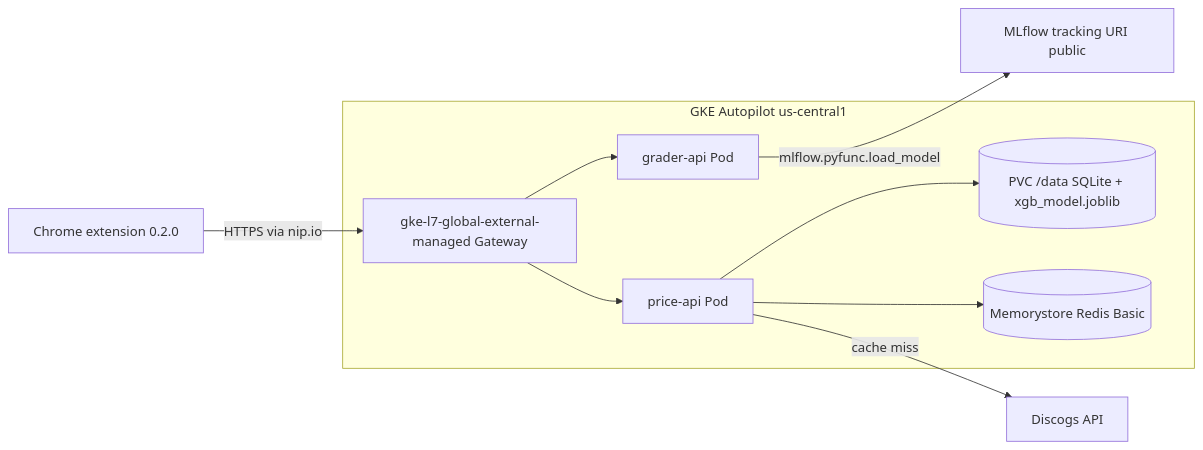
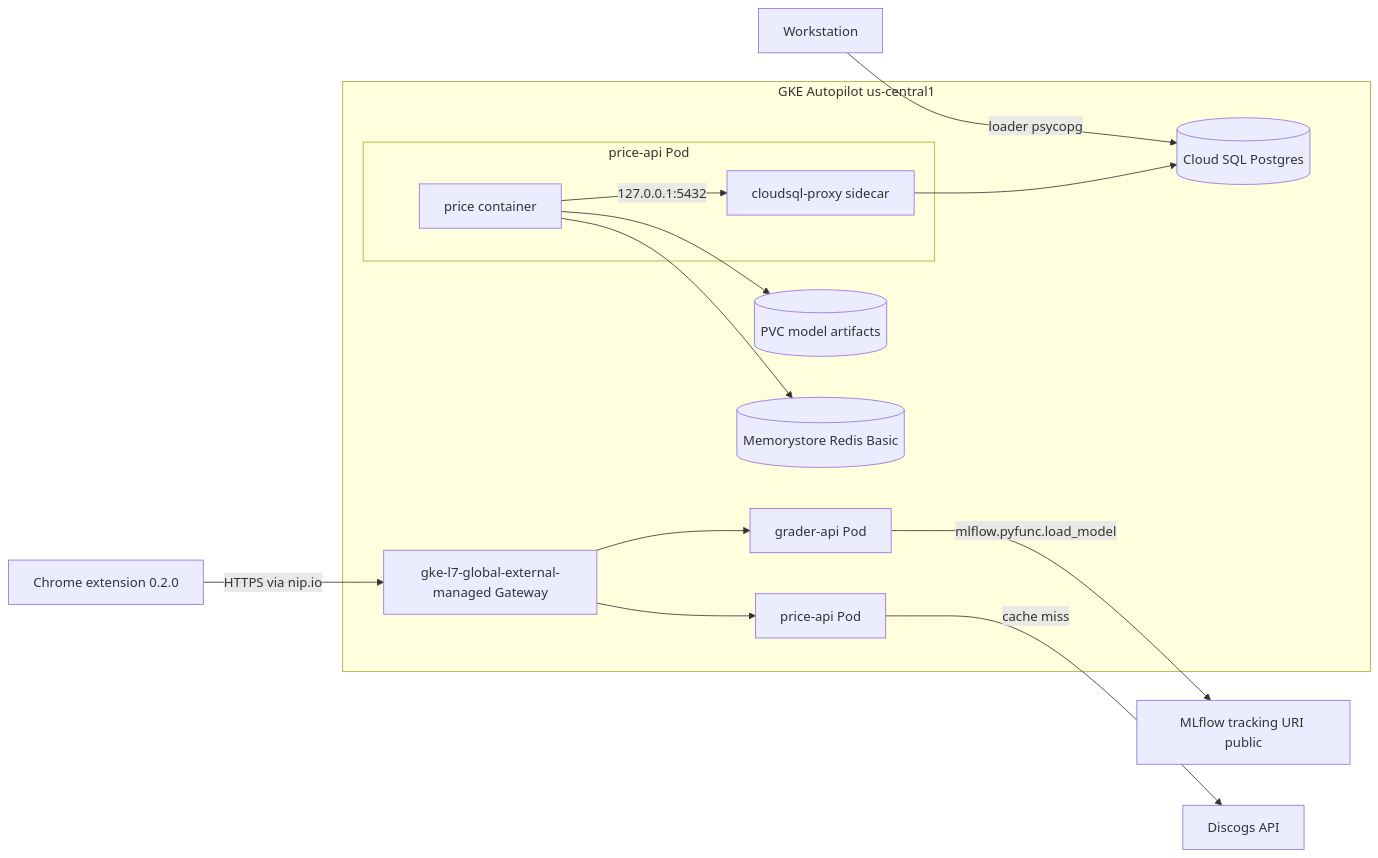
Before and after one commit to vuhcl/vinyl-management-system: the diagram in k8s/demo/README.md, drawn with Mermaid. The commit also changed other lines of this file, not shown here.

First line of the commit message:
docs(k8s/demo): runbook for Cloud SQL bootstrap and artifact PVC

````diff
--- a/k8s/demo/README.md
+++ b/k8s/demo/README.md
@@ -13,12 +13,19 @@
 ```mermaid
 flowchart LR
     Browser[Chrome extension 0.2.0] -->|HTTPS via nip.io| Gateway
     subgraph GKE [GKE Autopilot us-central1]
         Gateway[gke-l7-global-external-managed Gateway] --> Grader[grader-api Pod]
         Gateway --> Price[price-api Pod]
-        Price --> PVC[(PVC /data SQLite + xgb_model.joblib)]
-        Price --> Redis[(Memorystore Redis Basic)]
+        subgraph price_pod [price-api Pod]
+            App[price container]
+            Proxy[cloudsql-proxy sidecar]
+        end
+        App -->|127.0.0.1:5432| Proxy
+        Proxy --> CloudSQL[(Cloud SQL Postgres)]
+        App --> PVC[(PVC model artifacts)]
+        App --> Redis[(Memorystore Redis Basic)]
     end
+    Workstation -->|loader psycopg| CloudSQL
     Grader -->|mlflow.pyfunc.load_model| MLflow[MLflow tracking URI public]
     Price -->|cache miss| Discogs[Discogs API]
 ```
````
